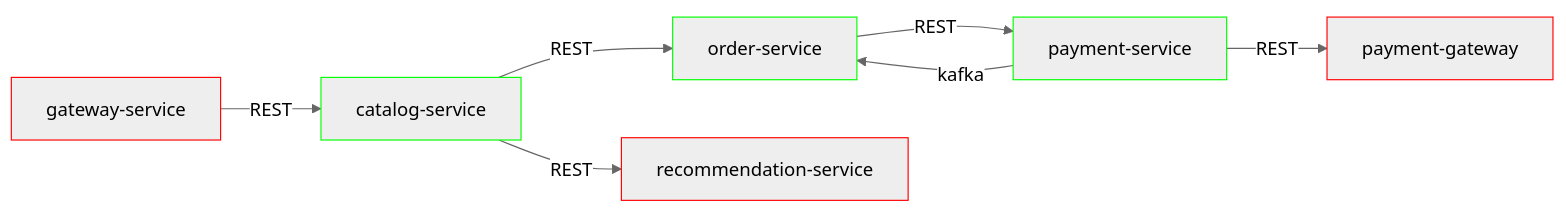
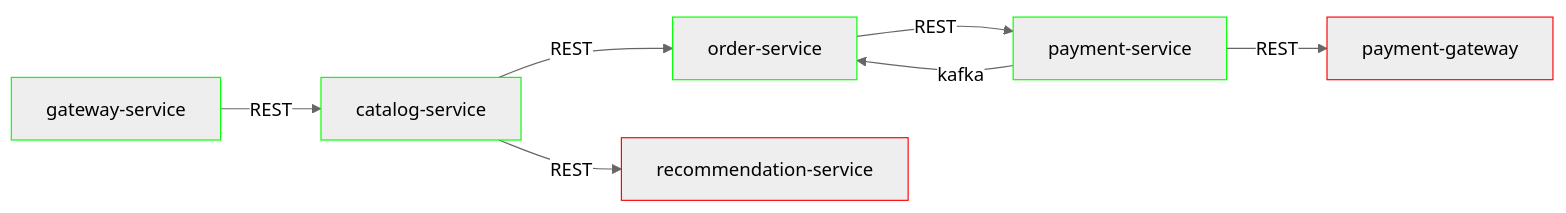
The diagram in README.md (oscarmoraperez/aka-plattform), drawn with Mermaid (neutral theme) before and after one commit.

Commit message:
Correct diagram, make gateway service implemented

````diff
--- a/README.md
+++ b/README.md
@@ -20,11 +20,11 @@
 ```mermaid
 graph LR
-    gateway-service:::not_implemented -- REST --> catalog-service:::implemented;
+    gateway-service:::implemented -- REST --> catalog-service:::implemented;
     catalog-service:::implemented -- REST --> order-service:::implemented;
     catalog-service:::implemented -- REST --> recommendation-service:::not_implemented;
     order-service -- REST --> payment-service:::implemented;
     payment-service:::implemented -- kafka --> order-service:::implemented;
     payment-service:::implemented -- REST --> payment-gateway:::not_implemented;
     classDef not_implemented stroke:#f00
     classDef implemented stroke:#0f0
 ```
````
